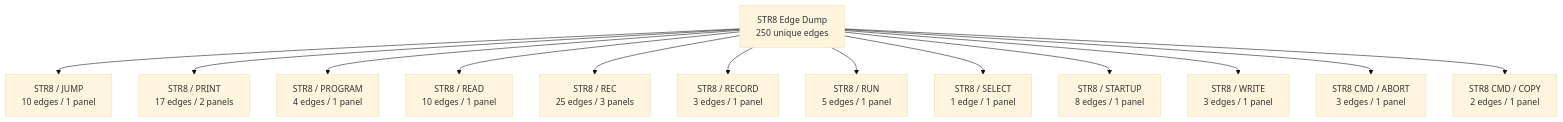
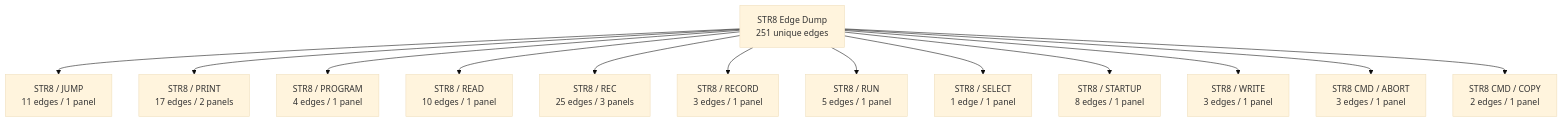
The second of 42 diagrams in DOC/GUIDES/STR8/STR8_EDGE_DUMP.md (95westus/R-YORS), drawn with Mermaid (base theme) before and after one commit. The commit also changed other lines of this file and 65 other files, not shown here.

````diff
--- a/DOC/GUIDES/STR8/STR8_EDGE_DUMP.md
+++ b/DOC/GUIDES/STR8/STR8_EDGE_DUMP.md
@@ -44,15 +44,15 @@
 ```mermaid
 flowchart TD
-    EDGE_ATLAS_ROOT_1["STR8 Edge Dump<br/>250 unique edges"] --> EDGE_FAMILY_1_0["STR8 / JUMP<br/>10 edges / 1 panel"]
-    EDGE_ATLAS_ROOT_1["STR8 Edge Dump<br/>250 unique edges"] --> EDGE_FAMILY_1_1["STR8 / PRINT<br/>17 edges / 2 panels"]
-    EDGE_ATLAS_ROOT_1["STR8 Edge Dump<br/>250 unique edges"] --> EDGE_FAMILY_1_2["STR8 / PROGRAM<br/>4 edges / 1 panel"]
-    EDGE_ATLAS_ROOT_1["STR8 Edge Dump<br/>250 unique edges"] --> EDGE_FAMILY_1_3["STR8 / READ<br/>10 edges / 1 panel"]
-    EDGE_ATLAS_ROOT_1["STR8 Edge Dump<br/>250 unique edges"] --> EDGE_FAMILY_1_4["STR8 / REC<br/>25 edges / 3 panels"]
-    EDGE_ATLAS_ROOT_1["STR8 Edge Dump<br/>250 unique edges"] --> EDGE_FAMILY_1_5["STR8 / RECORD<br/>3 edges / 1 panel"]
-    EDGE_ATLAS_ROOT_1["STR8 Edge Dump<br/>250 unique edges"] --> EDGE_FAMILY_1_6["STR8 / RUN<br/>5 edges / 1 panel"]
-    EDGE_ATLAS_ROOT_1["STR8 Edge Dump<br/>250 unique edges"] --> EDGE_FAMILY_1_7["STR8 / SELECT<br/>1 edge / 1 panel"]
-    EDGE_ATLAS_ROOT_1["STR8 Edge Dump<br/>250 unique edges"] --> EDGE_FAMILY_1_8["STR8 / STARTUP<br/>8 edges / 1 panel"]
-    EDGE_ATLAS_ROOT_1["STR8 Edge Dump<br/>250 unique edges"] --> EDGE_FAMILY_1_9["STR8 / WRITE<br/>3 edges / 1 panel"]
-    EDGE_ATLAS_ROOT_1["STR8 Edge Dump<br/>250 unique edges"] --> EDGE_FAMILY_1_10["STR8 CMD / ABORT<br/>3 edges / 1 panel"]
-    EDGE_ATLAS_ROOT_1["STR8 Edge Dump<br/>250 unique edges"] --> EDGE_FAMILY_1_11["STR8 CMD / COPY<br/>2 edges / 1 panel"]
+    EDGE_ATLAS_ROOT_1["STR8 Edge Dump<br/>251 unique edges"] --> EDGE_FAMILY_1_0["STR8 / JUMP<br/>11 edges / 1 panel"]
+    EDGE_ATLAS_ROOT_1["STR8 Edge Dump<br/>251 unique edges"] --> EDGE_FAMILY_1_1["STR8 / PRINT<br/>17 edges / 2 panels"]
+    EDGE_ATLAS_ROOT_1["STR8 Edge Dump<br/>251 unique edges"] --> EDGE_FAMILY_1_2["STR8 / PROGRAM<br/>4 edges / 1 panel"]
+    EDGE_ATLAS_ROOT_1["STR8 Edge Dump<br/>251 unique edges"] --> EDGE_FAMILY_1_3["STR8 / READ<br/>10 edges / 1 panel"]
+    EDGE_ATLAS_ROOT_1["STR8 Edge Dump<br/>251 unique edges"] --> EDGE_FAMILY_1_4["STR8 / REC<br/>25 edges / 3 panels"]
+    EDGE_ATLAS_ROOT_1["STR8 Edge Dump<br/>251 unique edges"] --> EDGE_FAMILY_1_5["STR8 / RECORD<br/>3 edges / 1 panel"]
+    EDGE_ATLAS_ROOT_1["STR8 Edge Dump<br/>251 unique edges"] --> EDGE_FAMILY_1_6["STR8 / RUN<br/>5 edges / 1 panel"]
+    EDGE_ATLAS_ROOT_1["STR8 Edge Dump<br/>251 unique edges"] --> EDGE_FAMILY_1_7["STR8 / SELECT<br/>1 edge / 1 panel"]
+    EDGE_ATLAS_ROOT_1["STR8 Edge Dump<br/>251 unique edges"] --> EDGE_FAMILY_1_8["STR8 / STARTUP<br/>8 edges / 1 panel"]
+    EDGE_ATLAS_ROOT_1["STR8 Edge Dump<br/>251 unique edges"] --> EDGE_FAMILY_1_9["STR8 / WRITE<br/>3 edges / 1 panel"]
+    EDGE_ATLAS_ROOT_1["STR8 Edge Dump<br/>251 unique edges"] --> EDGE_FAMILY_1_10["STR8 CMD / ABORT<br/>3 edges / 1 panel"]
+    EDGE_ATLAS_ROOT_1["STR8 Edge Dump<br/>251 unique edges"] --> EDGE_FAMILY_1_11["STR8 CMD / COPY<br/>2 edges / 1 panel"]
 ```
````
